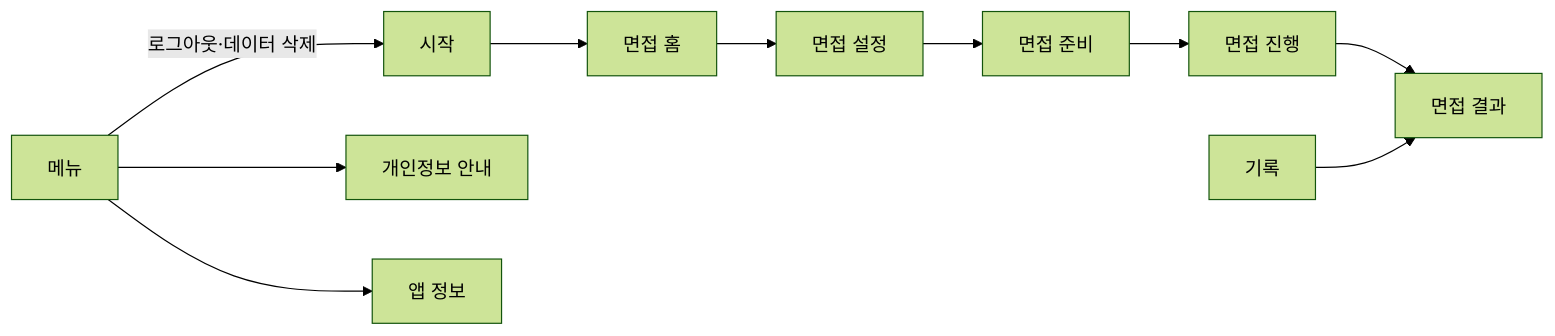
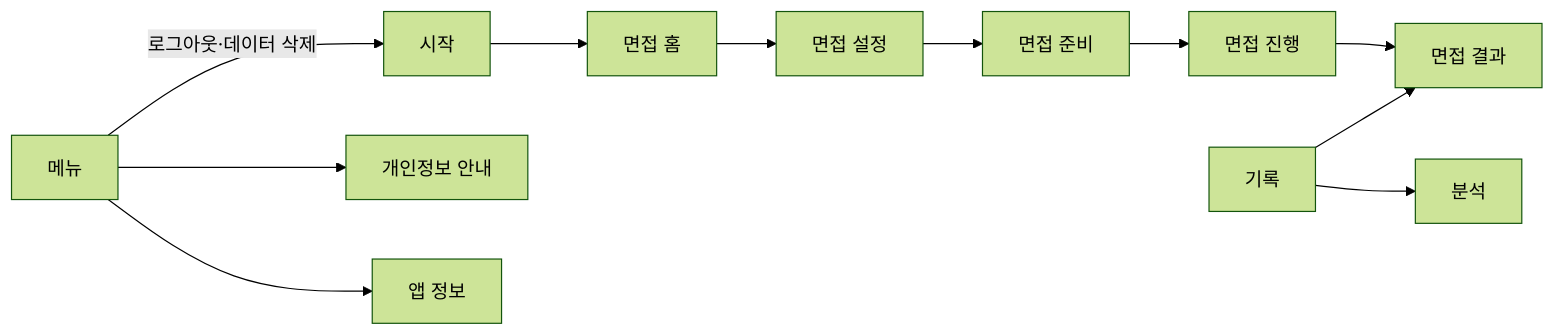
The diagram in docs/ui-design/SITE_MAP.md (znak99/JEC-FirstStepToCareer), drawn with Mermaid (forest theme) before and after one commit. The commit also changed other lines of this file and 9 other files, not shown here.

````diff
--- a/docs/ui-design/SITE_MAP.md
+++ b/docs/ui-design/SITE_MAP.md
@@ -40,9 +42,10 @@
 ```mermaid
 flowchart LR
   S00[시작] --> S01[면접 홈]
   S01 --> S02[면접 설정] --> S03[면접 준비] --> S04[면접 진행] --> S05[면접 결과]
   S08[기록] --> S05
+  S08 --> S12[분석]
   S09[메뉴] --> S10[개인정보 안내]
   S09 --> S11[앱 정보]
   S09 -- 로그아웃·데이터 삭제 --> S00
 ```
````
